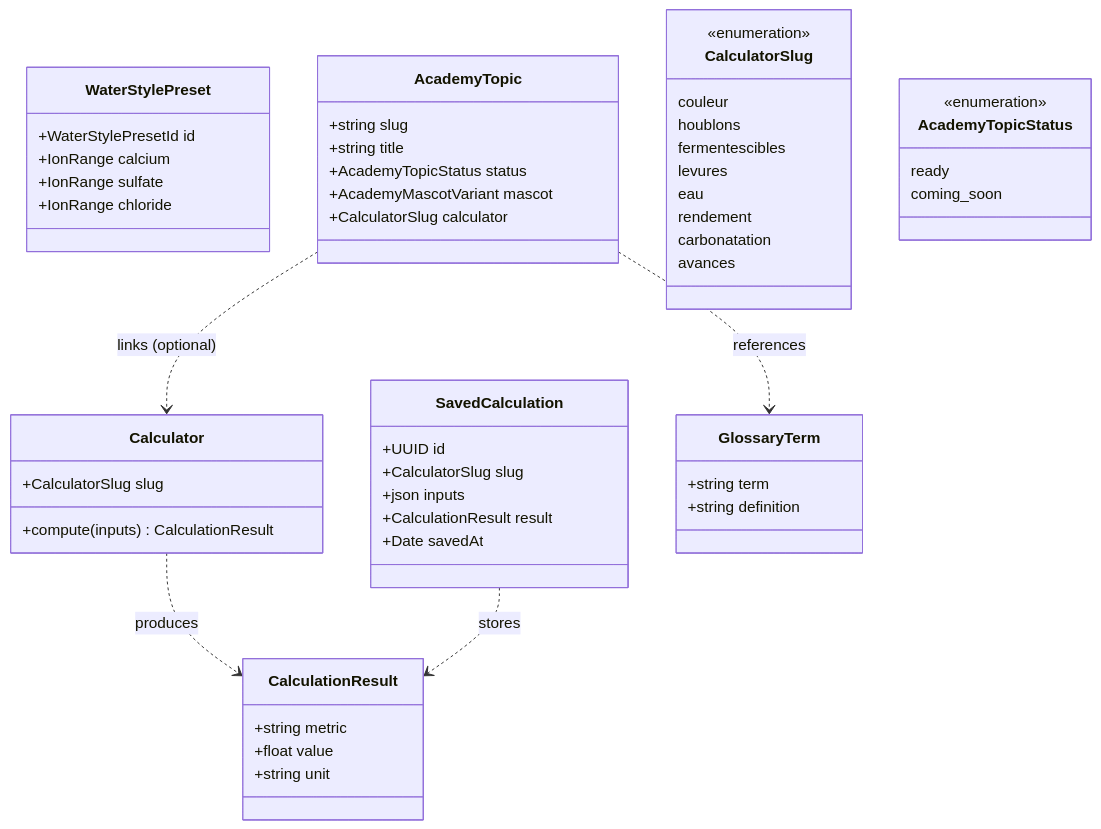
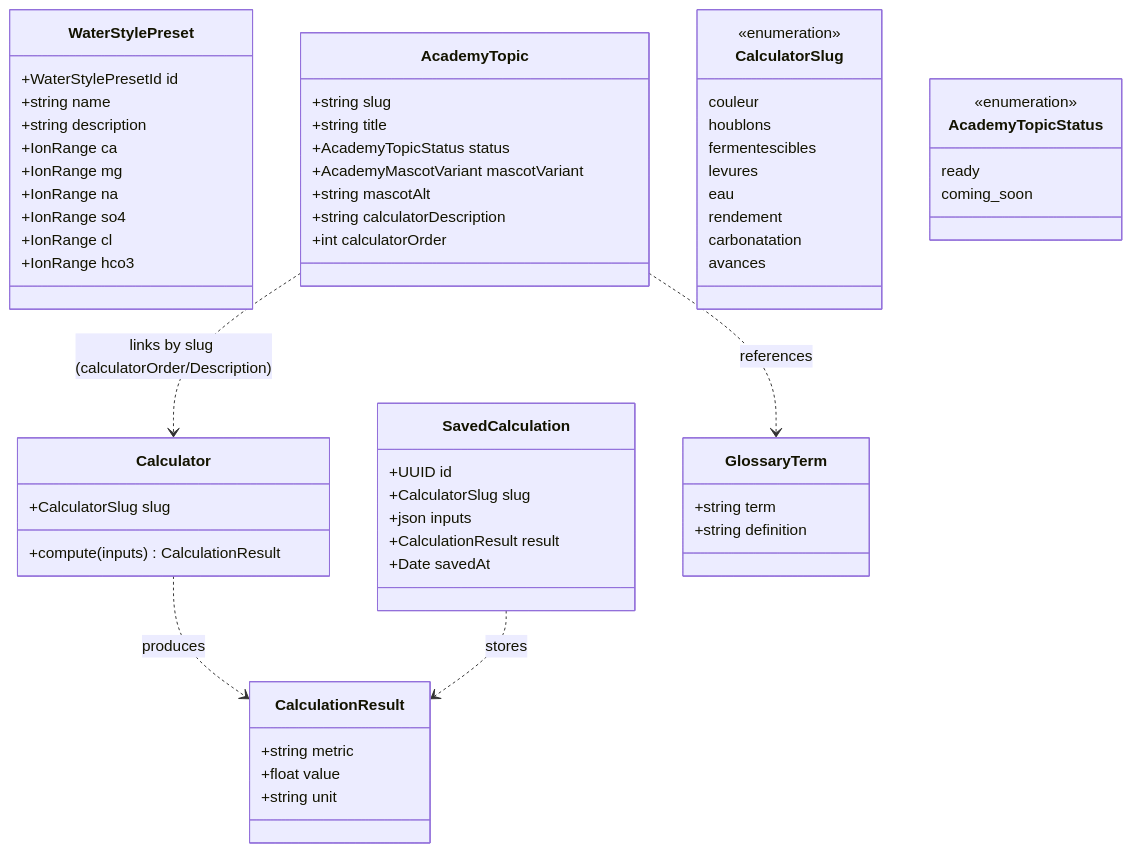
One commit to benoit-bremaud/brasse-bouillon changed the diagram in docs/architecture/diagrams/tools-academy/04-class.md. Above: the diagram before and after it, drawn with Mermaid. The commit also changed other lines of this file and 2 other files, not shown here.

Commit message:
docs(tools-academy): address Copilot review — match real types
- AcademyTopic: slug/title/status/mascotVariant/mascotAlt/calculatorDescription/
  calculatorOrder (no 'calculator' field — links by slug convention).
- AcademyTopicStatus literals ready/coming-soon noted (enum shows coming_soon to
  avoid the Mermaid hyphen).
- WaterStylePreset: real fields (id/name/description/ca/mg/na/so4/cl/hco3).
- glossary sequence: long-press (#783) + GET /academy/glossary list (#914).
- use-case header: glossaire topic is still coming-soon.

````diff
--- a/docs/architecture/diagrams/tools-academy/04-class.md
+++ b/docs/architecture/diagrams/tools-academy/04-class.md
@@ -16,58 +16,65 @@
 ```mermaid
 classDiagram
   class Calculator {
     +CalculatorSlug slug
     +compute(inputs) CalculationResult
   }
   class CalculationResult {
     +string metric
     +float value
     +string unit
   }
   class SavedCalculation {
     +UUID id
     +CalculatorSlug slug
     +json inputs
     +CalculationResult result
     +Date savedAt
   }
   class WaterStylePreset {
     +WaterStylePresetId id
-    +IonRange calcium
-    +IonRange sulfate
-    +IonRange chloride
+    +string name
+    +string description
+    +IonRange ca
+    +IonRange mg
+    +IonRange na
+    +IonRange so4
+    +IonRange cl
+    +IonRange hco3
   }
   class AcademyTopic {
     +string slug
     +string title
     +AcademyTopicStatus status
-    +AcademyMascotVariant mascot
-    +CalculatorSlug calculator
+    +AcademyMascotVariant mascotVariant
+    +string mascotAlt
+    +string calculatorDescription
+    +int calculatorOrder
   }
   class GlossaryTerm {
     +string term
     +string definition
   }
 
   Calculator ..> CalculationResult : produces
   SavedCalculation ..> CalculationResult : stores
-  AcademyTopic ..> Calculator : links (optional)
+  AcademyTopic ..> Calculator : links by slug (calculatorOrder/Description)
   AcademyTopic ..> GlossaryTerm : references
 
   class CalculatorSlug {
     <<enumeration>>
     couleur
     houblons
     fermentescibles
     levures
     eau
     rendement
     carbonatation
     avances
   }
   class AcademyTopicStatus {
     <<enumeration>>
     ready
     coming_soon
   }
 ```
````
